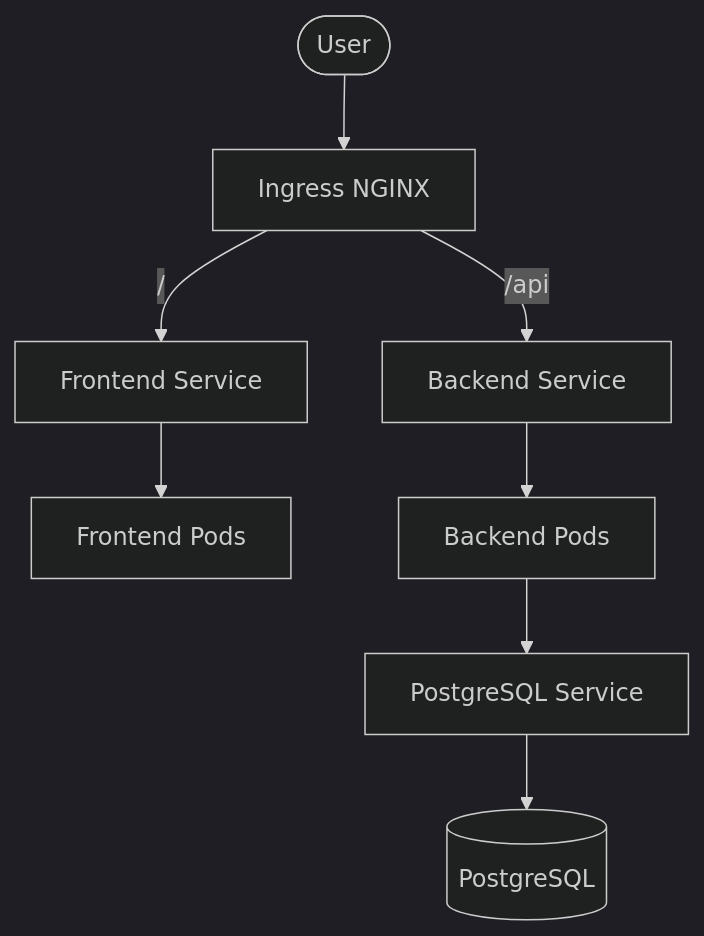
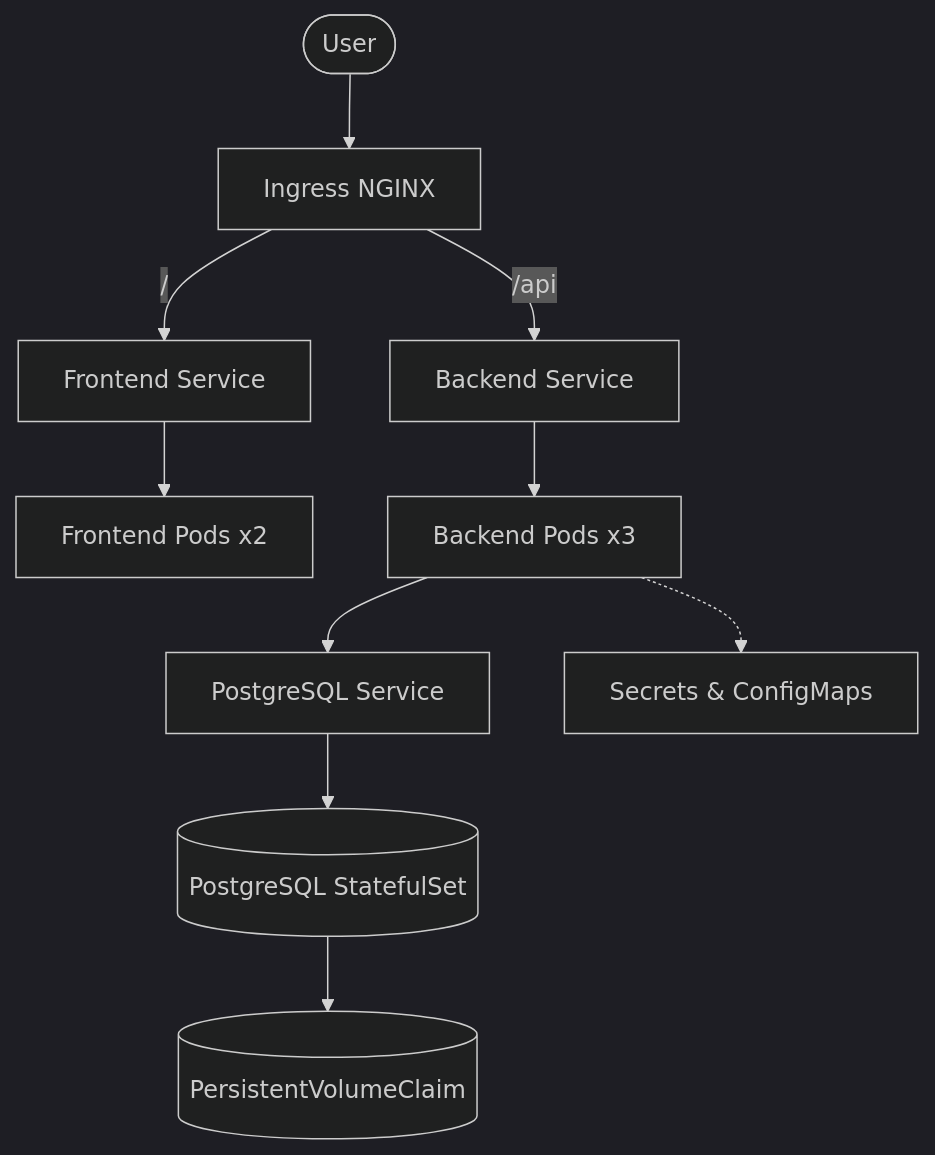
The first of 2 diagrams in README.md (qwnkzx/budget-k8s), drawn with Mermaid (dark theme) before and after one commit. The commit also changed other lines of this file, not shown here.

````diff
--- a/README.md
+++ b/README.md
@@ -13,13 +14,15 @@
 ```mermaid
 flowchart TB
     User([User]) --> Ingress[Ingress NGINX]
 
     Ingress -->|/| FrontendService[Frontend Service]
     Ingress -->|/api| BackendService[Backend Service]
 
-    FrontendService --> FrontendPods[Frontend Pods]
-    BackendService --> BackendPods[Backend Pods]
+    FrontendService --> FrontendPods[Frontend Pods x2]
+    BackendService --> BackendPods[Backend Pods x3]
 
     BackendPods --> PostgreSQLService[PostgreSQL Service]
-    PostgreSQLService --> PostgreSQL[(PostgreSQL)]
+    PostgreSQLService --> PostgreSQL[(PostgreSQL StatefulSet)]
+    PostgreSQL --> PVC[(PersistentVolumeClaim)]
+    BackendPods -.-> Secrets[Secrets & ConfigMaps]
 ```
````
